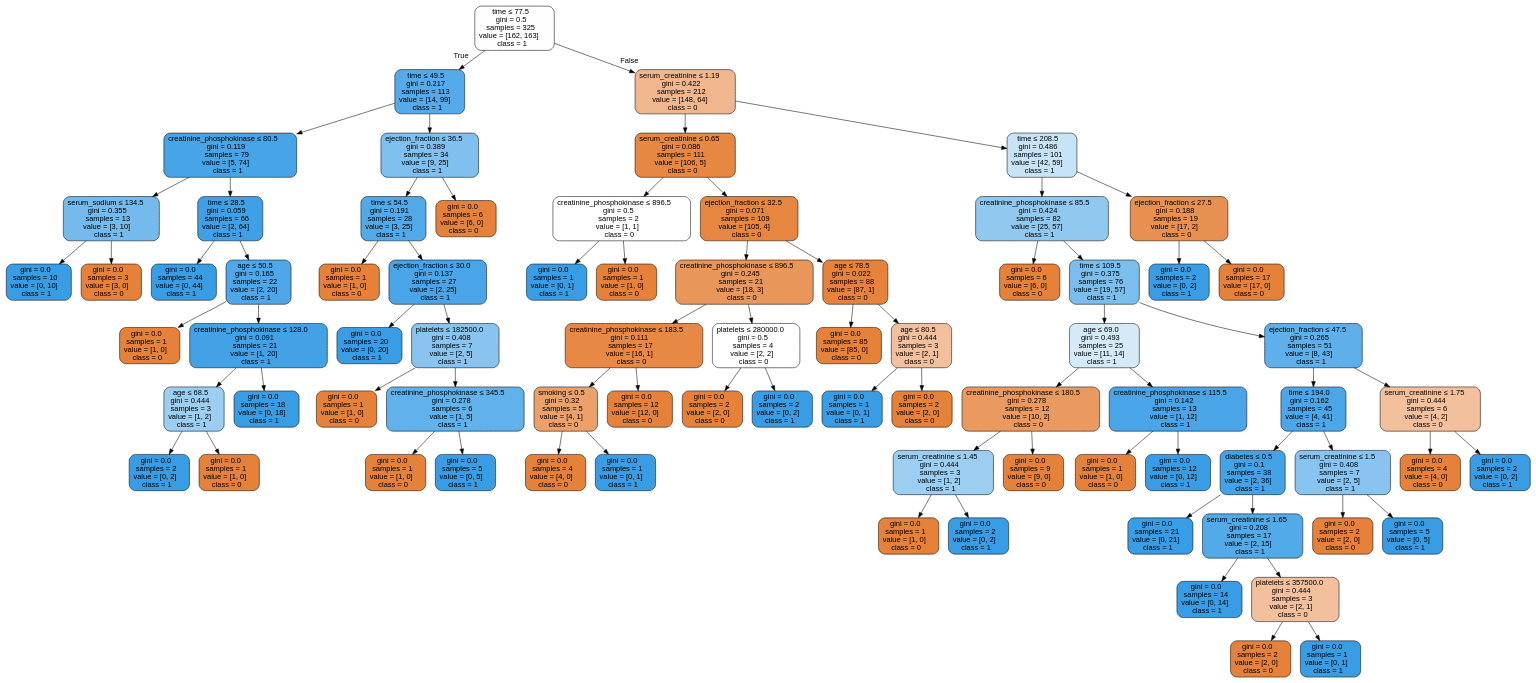
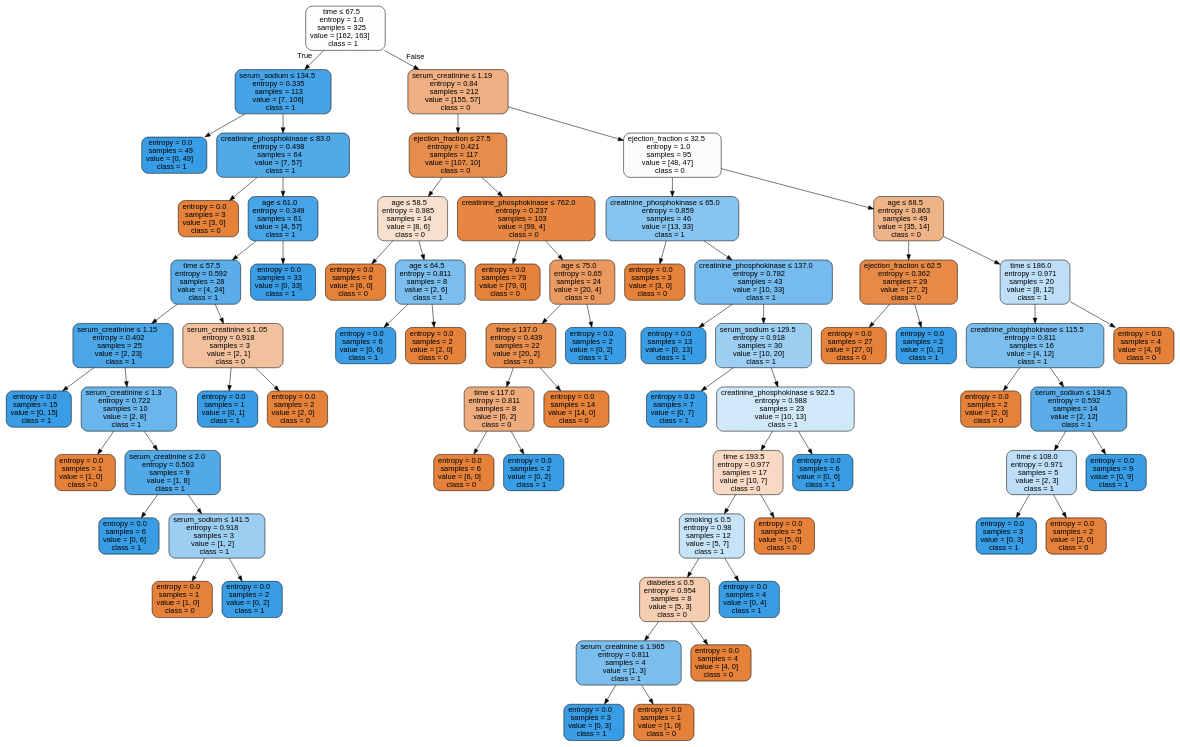
One commit to isabelSoares/CD-2021 changed the diagram in Labs/NewClassifiers/Results/DecisionTrees/OverSample/ - No Outliers/HFCR - OverSample - dtree.dot. Above: the diagram before and after it, drawn with Graphviz. The commit also changed 206 other files, not shown here.

```diff
--- a/Labs/NewClassifiers/Results/DecisionTrees/OverSample/ - No Outliers/HFCR - OverSample - dtree.dot
+++ b/Labs/NewClassifiers/Results/DecisionTrees/OverSample/ - No Outliers/HFCR - OverSample - dtree.dot
@@ -1,157 +1,137 @@
 digraph Tree {
 node [shape=box, style="filled, rounded", color="black", fontname=helvetica] ;
 edge [fontname=helvetica] ;
-0 [label=<time &le; 77.5<br/>gini = 0.5<br/>samples = 325<br/>value = [162, 163]<br/>class = 1>, fillcolor="#fefeff"] ;
-1 [label=<time &le; 49.5<br/>gini = 0.217<br/>samples = 113<br/>value = [14, 99]<br/>class = 1>, fillcolor="#55abe9"] ;
+0 [label=<time &le; 67.5<br/>entropy = 1.0<br/>samples = 325<br/>value = [162, 163]<br/>class = 1>, fillcolor="#fefeff"] ;
+1 [label=<serum_sodium &le; 134.5<br/>entropy = 0.335<br/>samples = 113<br/>value = [7, 106]<br/>class = 1>, fillcolor="#46a3e7"] ;
 0 -> 1 [labeldistance=2.5, labelangle=45, headlabel="True"] ;
-2 [label=<creatinine_phosphokinase &le; 80.5<br/>gini = 0.119<br/>samples = 79<br/>value = [5, 74]<br/>class = 1>, fillcolor="#46a4e7"] ;
+2 [label=<entropy = 0.0<br/>samples = 49<br/>value = [0, 49]<br/>class = 1>, fillcolor="#399de5"] ;
 1 -> 2 ;
-3 [label=<serum_sodium &le; 134.5<br/>gini = 0.355<br/>samples = 13<br/>value = [3, 10]<br/>class = 1>, fillcolor="#74baed"] ;
-2 -> 3 ;
-4 [label=<gini = 0.0<br/>samples = 10<br/>value = [0, 10]<br/>class = 1>, fillcolor="#399de5"] ;
+3 [label=<creatinine_phosphokinase &le; 83.0<br/>entropy = 0.498<br/>samples = 64<br/>value = [7, 57]<br/>class = 1>, fillcolor="#51a9e8"] ;
+1 -> 3 ;
+4 [label=<entropy = 0.0<br/>samples = 3<br/>value = [3, 0]<br/>class = 0>, fillcolor="#e58139"] ;
 3 -> 4 ;
-5 [label=<gini = 0.0<br/>samples = 3<br/>value = [3, 0]<br/>class = 0>, fillcolor="#e58139"] ;
+5 [label=<age &le; 61.0<br/>entropy = 0.349<br/>samples = 61<br/>value = [4, 57]<br/>class = 1>, fillcolor="#47a4e7"] ;
 3 -> 5 ;
-6 [label=<time &le; 28.5<br/>gini = 0.059<br/>samples = 66<br/>value = [2, 64]<br/>class = 1>, fillcolor="#3fa0e6"] ;
-2 -> 6 ;
-7 [label=<gini = 0.0<br/>samples = 44<br/>value = [0, 44]<br/>class = 1>, fillcolor="#399de5"] ;
+6 [label=<time &le; 57.5<br/>entropy = 0.592<br/>samples = 28<br/>value = [4, 24]<br/>class = 1>, fillcolor="#5aade9"] ;
+5 -> 6 ;
+7 [label=<serum_creatinine &le; 1.15<br/>entropy = 0.402<br/>samples = 25<br/>value = [2, 23]<br/>class = 1>, fillcolor="#4aa6e7"] ;
 6 -> 7 ;
-8 [label=<age &le; 50.5<br/>gini = 0.165<br/>samples = 22<br/>value = [2, 20]<br/>class = 1>, fillcolor="#4da7e8"] ;
-6 -> 8 ;
-9 [label=<gini = 0.0<br/>samples = 1<br/>value = [1, 0]<br/>class = 0>, fillcolor="#e58139"] ;
-8 -> 9 ;
-10 [label=<creatinine_phosphokinase &le; 128.0<br/>gini = 0.091<br/>samples = 21<br/>value = [1, 20]<br/>class = 1>, fillcolor="#43a2e6"] ;
-8 -> 10 ;
-11 [label=<age &le; 68.5<br/>gini = 0.444<br/>samples = 3<br/>value = [1, 2]<br/>class = 1>, fillcolor="#9ccef2"] ;
-10 -> 11 ;
-12 [label=<gini = 0.0<br/>samples = 2<br/>value = [0, 2]<br/>class = 1>, fillcolor="#399de5"] ;
+8 [label=<entropy = 0.0<br/>samples = 15<br/>value = [0, 15]<br/>class = 1>, fillcolor="#399de5"] ;
+7 -> 8 ;
+9 [label=<serum_creatinine &le; 1.3<br/>entropy = 0.722<br/>samples = 10<br/>value = [2, 8]<br/>class = 1>, fillcolor="#6ab6ec"] ;
+7 -> 9 ;
+10 [label=<entropy = 0.0<br/>samples = 1<br/>value = [1, 0]<br/>class = 0>, fillcolor="#e58139"] ;
+9 -> 10 ;
+11 [label=<serum_creatinine &le; 2.0<br/>entropy = 0.503<br/>samples = 9<br/>value = [1, 8]<br/>class = 1>, fillcolor="#52a9e8"] ;
+9 -> 11 ;
+12 [label=<entropy = 0.0<br/>samples = 6<br/>value = [0, 6]<br/>class = 1>, fillcolor="#399de5"] ;
 11 -> 12 ;
-13 [label=<gini = 0.0<br/>samples = 1<br/>value = [1, 0]<br/>class = 0>, fillcolor="#e58139"] ;
+13 [label=<serum_sodium &le; 141.5<br/>entropy = 0.918<br/>samples = 3<br/>value = [1, 2]<br/>class = 1>, fillcolor="#9ccef2"] ;
 11 -> 13 ;
-14 [label=<gini = 0.0<br/>samples = 18<br/>value = [0, 18]<br/>class = 1>, fillcolor="#399de5"] ;
-10 -> 14 ;
-15 [label=<ejection_fraction &le; 36.5<br/>gini = 0.389<br/>samples = 34<br/>value = [9, 25]<br/>class = 1>, fillcolor="#80c0ee"] ;
-1 -> 15 ;
-16 [label=<time &le; 54.5<br/>gini = 0.191<br/>samples = 28<br/>value = [3, 25]<br/>class = 1>, fillcolor="#51a9e8"] ;
-15 -> 16 ;
-17 [label=<gini = 0.0<br/>samples = 1<br/>value = [1, 0]<br/>class = 0>, fillcolor="#e58139"] ;
+14 [label=<entropy = 0.0<br/>samples = 1<br/>value = [1, 0]<br/>class = 0>, fillcolor="#e58139"] ;
+13 -> 14 ;
+15 [label=<entropy = 0.0<br/>samples = 2<br/>value = [0, 2]<br/>class = 1>, fillcolor="#399de5"] ;
+13 -> 15 ;
+16 [label=<serum_creatinine &le; 1.05<br/>entropy = 0.918<br/>samples = 3<br/>value = [2, 1]<br/>class = 0>, fillcolor="#f2c09c"] ;
+6 -> 16 ;
+17 [label=<entropy = 0.0<br/>samples = 1<br/>value = [0, 1]<br/>class = 1>, fillcolor="#399de5"] ;
 16 -> 17 ;
-18 [label=<ejection_fraction &le; 30.0<br/>gini = 0.137<br/>samples = 27<br/>value = [2, 25]<br/>class = 1>, fillcolor="#49a5e7"] ;
+18 [label=<entropy = 0.0<br/>samples = 2<br/>value = [2, 0]<br/>class = 0>, fillcolor="#e58139"] ;
 16 -> 18 ;
-19 [label=<gini = 0.0<br/>samples = 20<br/>value = [0, 20]<br/>class = 1>, fillcolor="#399de5"] ;
-18 -> 19 ;
-20 [label=<platelets &le; 182500.0<br/>gini = 0.408<br/>samples = 7<br/>value = [2, 5]<br/>class = 1>, fillcolor="#88c4ef"] ;
-18 -> 20 ;
-21 [label=<gini = 0.0<br/>samples = 1<br/>value = [1, 0]<br/>class = 0>, fillcolor="#e58139"] ;
+19 [label=<entropy = 0.0<br/>samples = 33<br/>value = [0, 33]<br/>class = 1>, fillcolor="#399de5"] ;
+5 -> 19 ;
+20 [label=<serum_creatinine &le; 1.19<br/>entropy = 0.84<br/>samples = 212<br/>value = [155, 57]<br/>class = 0>, fillcolor="#efaf82"] ;
+0 -> 20 [labeldistance=2.5, labelangle=-45, headlabel="False"] ;
+21 [label=<ejection_fraction &le; 27.5<br/>entropy = 0.421<br/>samples = 117<br/>value = [107, 10]<br/>class = 0>, fillcolor="#e78d4c"] ;
 20 -> 21 ;
-22 [label=<creatinine_phosphokinase &le; 345.5<br/>gini = 0.278<br/>samples = 6<br/>value = [1, 5]<br/>class = 1>, fillcolor="#61b1ea"] ;
-20 -> 22 ;
-23 [label=<gini = 0.0<br/>samples = 1<br/>value = [1, 0]<br/>class = 0>, fillcolor="#e58139"] ;
+22 [label=<age &le; 58.5<br/>entropy = 0.985<br/>samples = 14<br/>value = [8, 6]<br/>class = 0>, fillcolor="#f8e0ce"] ;
+21 -> 22 ;
+23 [label=<entropy = 0.0<br/>samples = 6<br/>value = [6, 0]<br/>class = 0>, fillcolor="#e58139"] ;
 22 -> 23 ;
-24 [label=<gini = 0.0<br/>samples = 5<br/>value = [0, 5]<br/>class = 1>, fillcolor="#399de5"] ;
+24 [label=<age &le; 64.5<br/>entropy = 0.811<br/>samples = 8<br/>value = [2, 6]<br/>class = 1>, fillcolor="#7bbeee"] ;
 22 -> 24 ;
-25 [label=<gini = 0.0<br/>samples = 6<br/>value = [6, 0]<br/>class = 0>, fillcolor="#e58139"] ;
-15 -> 25 ;
-26 [label=<serum_creatinine &le; 1.19<br/>gini = 0.422<br/>samples = 212<br/>value = [148, 64]<br/>class = 0>, fillcolor="#f0b78f"] ;
-0 -> 26 [labeldistance=2.5, labelangle=-45, headlabel="False"] ;
-27 [label=<serum_creatinine &le; 0.65<br/>gini = 0.086<br/>samples = 111<br/>value = [106, 5]<br/>class = 0>, fillcolor="#e68742"] ;
-26 -> 27 ;
-28 [label=<creatinine_phosphokinase &le; 896.5<br/>gini = 0.5<br/>samples = 2<br/>value = [1, 1]<br/>class = 0>, fillcolor="#ffffff"] ;
+25 [label=<entropy = 0.0<br/>samples = 6<br/>value = [0, 6]<br/>class = 1>, fillcolor="#399de5"] ;
+24 -> 25 ;
+26 [label=<entropy = 0.0<br/>samples = 2<br/>value = [2, 0]<br/>class = 0>, fillcolor="#e58139"] ;
+24 -> 26 ;
+27 [label=<creatinine_phosphokinase &le; 762.0<br/>entropy = 0.237<br/>samples = 103<br/>value = [99, 4]<br/>class = 0>, fillcolor="#e68641"] ;
+21 -> 27 ;
+28 [label=<entropy = 0.0<br/>samples = 79<br/>value = [79, 0]<br/>class = 0>, fillcolor="#e58139"] ;
 27 -> 28 ;
-29 [label=<gini = 0.0<br/>samples = 1<br/>value = [0, 1]<br/>class = 1>, fillcolor="#399de5"] ;
-28 -> 29 ;
-30 [label=<gini = 0.0<br/>samples = 1<br/>value = [1, 0]<br/>class = 0>, fillcolor="#e58139"] ;
-28 -> 30 ;
-31 [label=<ejection_fraction &le; 32.5<br/>gini = 0.071<br/>samples = 109<br/>value = [105, 4]<br/>class = 0>, fillcolor="#e68641"] ;
-27 -> 31 ;
-32 [label=<creatinine_phosphokinase &le; 896.5<br/>gini = 0.245<br/>samples = 21<br/>value = [18, 3]<br/>class = 0>, fillcolor="#e9965a"] ;
+29 [label=<age &le; 75.0<br/>entropy = 0.65<br/>samples = 24<br/>value = [20, 4]<br/>class = 0>, fillcolor="#ea9a61"] ;
+27 -> 29 ;
+30 [label=<time &le; 137.0<br/>entropy = 0.439<br/>samples = 22<br/>value = [20, 2]<br/>class = 0>, fillcolor="#e88e4d"] ;
+29 -> 30 ;
+31 [label=<time &le; 117.0<br/>entropy = 0.811<br/>samples = 8<br/>value = [6, 2]<br/>class = 0>, fillcolor="#eeab7b"] ;
+30 -> 31 ;
+32 [label=<entropy = 0.0<br/>samples = 6<br/>value = [6, 0]<br/>class = 0>, fillcolor="#e58139"] ;
 31 -> 32 ;
-33 [label=<creatinine_phosphokinase &le; 183.5<br/>gini = 0.111<br/>samples = 17<br/>value = [16, 1]<br/>class = 0>, fillcolor="#e78945"] ;
-32 -> 33 ;
-34 [label=<smoking &le; 0.5<br/>gini = 0.32<br/>samples = 5<br/>value = [4, 1]<br/>class = 0>, fillcolor="#eca06a"] ;
-33 -> 34 ;
-35 [label=<gini = 0.0<br/>samples = 4<br/>value = [4, 0]<br/>class = 0>, fillcolor="#e58139"] ;
-34 -> 35 ;
-36 [label=<gini = 0.0<br/>samples = 1<br/>value = [0, 1]<br/>class = 1>, fillcolor="#399de5"] ;
-34 -> 36 ;
-37 [label=<gini = 0.0<br/>samples = 12<br/>value = [12, 0]<br/>class = 0>, fillcolor="#e58139"] ;
-33 -> 37 ;
-38 [label=<platelets &le; 280000.0<br/>gini = 0.5<br/>samples = 4<br/>value = [2, 2]<br/>class = 0>, fillcolor="#ffffff"] ;
-32 -> 38 ;
-39 [label=<gini = 0.0<br/>samples = 2<br/>value = [2, 0]<br/>class = 0>, fillcolor="#e58139"] ;
-38 -> 39 ;
-40 [label=<gini = 0.0<br/>samples = 2<br/>value = [0, 2]<br/>class = 1>, fillcolor="#399de5"] ;
-38 -> 40 ;
-41 [label=<age &le; 78.5<br/>gini = 0.022<br/>samples = 88<br/>value = [87, 1]<br/>class = 0>, fillcolor="#e5823b"] ;
-31 -> 41 ;
-42 [label=<gini = 0.0<br/>samples = 85<br/>value = [85, 0]<br/>class = 0>, fillcolor="#e58139"] ;
+33 [label=<entropy = 0.0<br/>samples = 2<br/>value = [0, 2]<br/>class = 1>, fillcolor="#399de5"] ;
+31 -> 33 ;
+34 [label=<entropy = 0.0<br/>samples = 14<br/>value = [14, 0]<br/>class = 0>, fillcolor="#e58139"] ;
+30 -> 34 ;
+35 [label=<entropy = 0.0<br/>samples = 2<br/>value = [0, 2]<br/>class = 1>, fillcolor="#399de5"] ;
+29 -> 35 ;
+36 [label=<ejection_fraction &le; 32.5<br/>entropy = 1.0<br/>samples = 95<br/>value = [48, 47]<br/>class = 0>, fillcolor="#fefcfb"] ;
+20 -> 36 ;
+37 [label=<creatinine_phosphokinase &le; 65.0<br/>entropy = 0.859<br/>samples = 46<br/>value = [13, 33]<br/>class = 1>, fillcolor="#87c4ef"] ;
+36 -> 37 ;
+38 [label=<entropy = 0.0<br/>samples = 3<br/>value = [3, 0]<br/>class = 0>, fillcolor="#e58139"] ;
+37 -> 38 ;
+39 [label=<creatinine_phosphokinase &le; 137.0<br/>entropy = 0.782<br/>samples = 43<br/>value = [10, 33]<br/>class = 1>, fillcolor="#75bbed"] ;
+37 -> 39 ;
+40 [label=<entropy = 0.0<br/>samples = 13<br/>value = [0, 13]<br/>class = 1>, fillcolor="#399de5"] ;
+39 -> 40 ;
+41 [label=<serum_sodium &le; 129.5<br/>entropy = 0.918<br/>samples = 30<br/>value = [10, 20]<br/>class = 1>, fillcolor="#9ccef2"] ;
+39 -> 41 ;
+42 [label=<entropy = 0.0<br/>samples = 7<br/>value = [0, 7]<br/>class = 1>, fillcolor="#399de5"] ;
 41 -> 42 ;
-43 [label=<age &le; 80.5<br/>gini = 0.444<br/>samples = 3<br/>value = [2, 1]<br/>class = 0>, fillcolor="#f2c09c"] ;
+43 [label=<creatinine_phosphokinase &le; 922.5<br/>entropy = 0.988<br/>samples = 23<br/>value = [10, 13]<br/>class = 1>, fillcolor="#d1e8f9"] ;
 41 -> 43 ;
-44 [label=<gini = 0.0<br/>samples = 1<br/>value = [0, 1]<br/>class = 1>, fillcolor="#399de5"] ;
+44 [label=<time &le; 193.5<br/>entropy = 0.977<br/>samples = 17<br/>value = [10, 7]<br/>class = 0>, fillcolor="#f7d9c4"] ;
 43 -> 44 ;
-45 [label=<gini = 0.0<br/>samples = 2<br/>value = [2, 0]<br/>class = 0>, fillcolor="#e58139"] ;
-43 -> 45 ;
-46 [label=<time &le; 208.5<br/>gini = 0.486<br/>samples = 101<br/>value = [42, 59]<br/>class = 1>, fillcolor="#c6e3f8"] ;
-26 -> 46 ;
-47 [label=<creatinine_phosphokinase &le; 85.5<br/>gini = 0.424<br/>samples = 82<br/>value = [25, 57]<br/>class = 1>, fillcolor="#90c8f0"] ;
+45 [label=<smoking &le; 0.5<br/>entropy = 0.98<br/>samples = 12<br/>value = [5, 7]<br/>class = 1>, fillcolor="#c6e3f8"] ;
+44 -> 45 ;
+46 [label=<diabetes &le; 0.5<br/>entropy = 0.954<br/>samples = 8<br/>value = [5, 3]<br/>class = 0>, fillcolor="#f5cdb0"] ;
+45 -> 46 ;
+47 [label=<serum_creatinine &le; 1.965<br/>entropy = 0.811<br/>samples = 4<br/>value = [1, 3]<br/>class = 1>, fillcolor="#7bbeee"] ;
 46 -> 47 ;
-48 [label=<gini = 0.0<br/>samples = 6<br/>value = [6, 0]<br/>class = 0>, fillcolor="#e58139"] ;
+48 [label=<entropy = 0.0<br/>samples = 3<br/>value = [0, 3]<br/>class = 1>, fillcolor="#399de5"] ;
 47 -> 48 ;
-49 [label=<time &le; 109.5<br/>gini = 0.375<br/>samples = 76<br/>value = [19, 57]<br/>class = 1>, fillcolor="#7bbeee"] ;
+49 [label=<entropy = 0.0<br/>samples = 1<br/>value = [1, 0]<br/>class = 0>, fillcolor="#e58139"] ;
 47 -> 49 ;
-50 [label=<age &le; 69.0<br/>gini = 0.493<br/>samples = 25<br/>value = [11, 14]<br/>class = 1>, fillcolor="#d5eaf9"] ;
-49 -> 50 ;
-51 [label=<creatinine_phosphokinase &le; 180.5<br/>gini = 0.278<br/>samples = 12<br/>value = [10, 2]<br/>class = 0>, fillcolor="#ea9a61"] ;
-50 -> 51 ;
-52 [label=<serum_creatinine &le; 1.45<br/>gini = 0.444<br/>samples = 3<br/>value = [1, 2]<br/>class = 1>, fillcolor="#9ccef2"] ;
-51 -> 52 ;
-53 [label=<gini = 0.0<br/>samples = 1<br/>value = [1, 0]<br/>class = 0>, fillcolor="#e58139"] ;
-52 -> 53 ;
-54 [label=<gini = 0.0<br/>samples = 2<br/>value = [0, 2]<br/>class = 1>, fillcolor="#399de5"] ;
-52 -> 54 ;
-55 [label=<gini = 0.0<br/>samples = 9<br/>value = [9, 0]<br/>class = 0>, fillcolor="#e58139"] ;
-51 -> 55 ;
-56 [label=<creatinine_phosphokinase &le; 115.5<br/>gini = 0.142<br/>samples = 13<br/>value = [1, 12]<br/>class = 1>, fillcolor="#49a5e7"] ;
-50 -> 56 ;
-57 [label=<gini = 0.0<br/>samples = 1<br/>value = [1, 0]<br/>class = 0>, fillcolor="#e58139"] ;
-56 -> 57 ;
-58 [label=<gini = 0.0<br/>samples = 12<br/>value = [0, 12]<br/>class = 1>, fillcolor="#399de5"] ;
-56 -> 58 ;
-59 [label=<ejection_fraction &le; 47.5<br/>gini = 0.265<br/>samples = 51<br/>value = [8, 43]<br/>class = 1>, fillcolor="#5eafea"] ;
-49 -> 59 ;
-60 [label=<time &le; 194.0<br/>gini = 0.162<br/>samples = 45<br/>value = [4, 41]<br/>class = 1>, fillcolor="#4ca7e8"] ;
+50 [label=<entropy = 0.0<br/>samples = 4<br/>value = [4, 0]<br/>class = 0>, fillcolor="#e58139"] ;
+46 -> 50 ;
+51 [label=<entropy = 0.0<br/>samples = 4<br/>value = [0, 4]<br/>class = 1>, fillcolor="#399de5"] ;
+45 -> 51 ;
+52 [label=<entropy = 0.0<br/>samples = 5<br/>value = [5, 0]<br/>class = 0>, fillcolor="#e58139"] ;
+44 -> 52 ;
+53 [label=<entropy = 0.0<br/>samples = 6<br/>value = [0, 6]<br/>class = 1>, fillcolor="#399de5"] ;
+43 -> 53 ;
+54 [label=<age &le; 68.5<br/>entropy = 0.863<br/>samples = 49<br/>value = [35, 14]<br/>class = 0>, fillcolor="#efb388"] ;
+36 -> 54 ;
+55 [label=<ejection_fraction &le; 62.5<br/>entropy = 0.362<br/>samples = 29<br/>value = [27, 2]<br/>class = 0>, fillcolor="#e78a48"] ;
+54 -> 55 ;
+56 [label=<entropy = 0.0<br/>samples = 27<br/>value = [27, 0]<br/>class = 0>, fillcolor="#e58139"] ;
+55 -> 56 ;
+57 [label=<entropy = 0.0<br/>samples = 2<br/>value = [0, 2]<br/>class = 1>, fillcolor="#399de5"] ;
+55 -> 57 ;
+58 [label=<time &le; 186.0<br/>entropy = 0.971<br/>samples = 20<br/>value = [8, 12]<br/>class = 1>, fillcolor="#bddef6"] ;
+54 -> 58 ;
+59 [label=<creatinine_phosphokinase &le; 115.5<br/>entropy = 0.811<br/>samples = 16<br/>value = [4, 12]<br/>class = 1>, fillcolor="#7bbeee"] ;
+58 -> 59 ;
+60 [label=<entropy = 0.0<br/>samples = 2<br/>value = [2, 0]<br/>class = 0>, fillcolor="#e58139"] ;
 59 -> 60 ;
-61 [label=<diabetes &le; 0.5<br/>gini = 0.1<br/>samples = 38<br/>value = [2, 36]<br/>class = 1>, fillcolor="#44a2e6"] ;
-60 -> 61 ;
-62 [label=<gini = 0.0<br/>samples = 21<br/>value = [0, 21]<br/>class = 1>, fillcolor="#399de5"] ;
+61 [label=<serum_sodium &le; 134.5<br/>entropy = 0.592<br/>samples = 14<br/>value = [2, 12]<br/>class = 1>, fillcolor="#5aade9"] ;
+59 -> 61 ;
+62 [label=<time &le; 108.0<br/>entropy = 0.971<br/>samples = 5<br/>value = [2, 3]<br/>class = 1>, fillcolor="#bddef6"] ;
 61 -> 62 ;
-63 [label=<serum_creatinine &le; 1.65<br/>gini = 0.208<br/>samples = 17<br/>value = [2, 15]<br/>class = 1>, fillcolor="#53aae8"] ;
-61 -> 63 ;
-64 [label=<gini = 0.0<br/>samples = 14<br/>value = [0, 14]<br/>class = 1>, fillcolor="#399de5"] ;
-63 -> 64 ;
-65 [label=<platelets &le; 357500.0<br/>gini = 0.444<br/>samples = 3<br/>value = [2, 1]<br/>class = 0>, fillcolor="#f2c09c"] ;
-63 -> 65 ;
-66 [label=<gini = 0.0<br/>samples = 2<br/>value = [2, 0]<br/>class = 0>, fillcolor="#e58139"] ;
-65 -> 66 ;
-67 [label=<gini = 0.0<br/>samples = 1<br/>value = [0, 1]<br/>class = 1>, fillcolor="#399de5"] ;
-65 -> 67 ;
-68 [label=<serum_creatinine &le; 1.5<br/>gini = 0.408<br/>samples = 7<br/>value = [2, 5]<br/>class = 1>, fillcolor="#88c4ef"] ;
-60 -> 68 ;
-69 [label=<gini = 0.0<br/>samples = 2<br/>value = [2, 0]<br/>class = 0>, fillcolor="#e58139"] ;
-68 -> 69 ;
-70 [label=<gini = 0.0<br/>samples = 5<br/>value = [0, 5]<br/>class = 1>, fillcolor="#399de5"] ;
-68 -> 70 ;
-71 [label=<serum_creatinine &le; 1.75<br/>gini = 0.444<br/>samples = 6<br/>value = [4, 2]<br/>class = 0>, fillcolor="#f2c09c"] ;
-59 -> 71 ;
-72 [label=<gini = 0.0<br/>samples = 4<br/>value = [4, 0]<br/>class = 0>, fillcolor="#e58139"] ;
-71 -> 72 ;
-73 [label=<gini = 0.0<br/>samples = 2<br/>value = [0, 2]<br/>class = 1>, fillcolor="#399de5"] ;
-71 -> 73 ;
-74 [label=<ejection_fraction &le; 27.5<br/>gini = 0.188<br/>samples = 19<br/>value = [17, 2]<br/>class = 0>, fillcolor="#e89050"] ;
-46 -> 74 ;
-75 [label=<gini = 0.0<br/>samples = 2<br/>value = [0, 2]<br/>class = 1>, fillcolor="#399de5"] ;
-74 -> 75 ;
-76 [label=<gini = 0.0<br/>samples = 17<br/>value = [17, 0]<br/>class = 0>, fillcolor="#e58139"] ;
-74 -> 76 ;
+63 [label=<entropy = 0.0<br/>samples = 3<br/>value = [0, 3]<br/>class = 1>, fillcolor="#399de5"] ;
+62 -> 63 ;
+64 [label=<entropy = 0.0<br/>samples = 2<br/>value = [2, 0]<br/>class = 0>, fillcolor="#e58139"] ;
+62 -> 64 ;
+65 [label=<entropy = 0.0<br/>samples = 9<br/>value = [0, 9]<br/>class = 1>, fillcolor="#399de5"] ;
+61 -> 65 ;
+66 [label=<entropy = 0.0<br/>samples = 4<br/>value = [4, 0]<br/>class = 0>, fillcolor="#e58139"] ;
+58 -> 66 ;
 }
```
